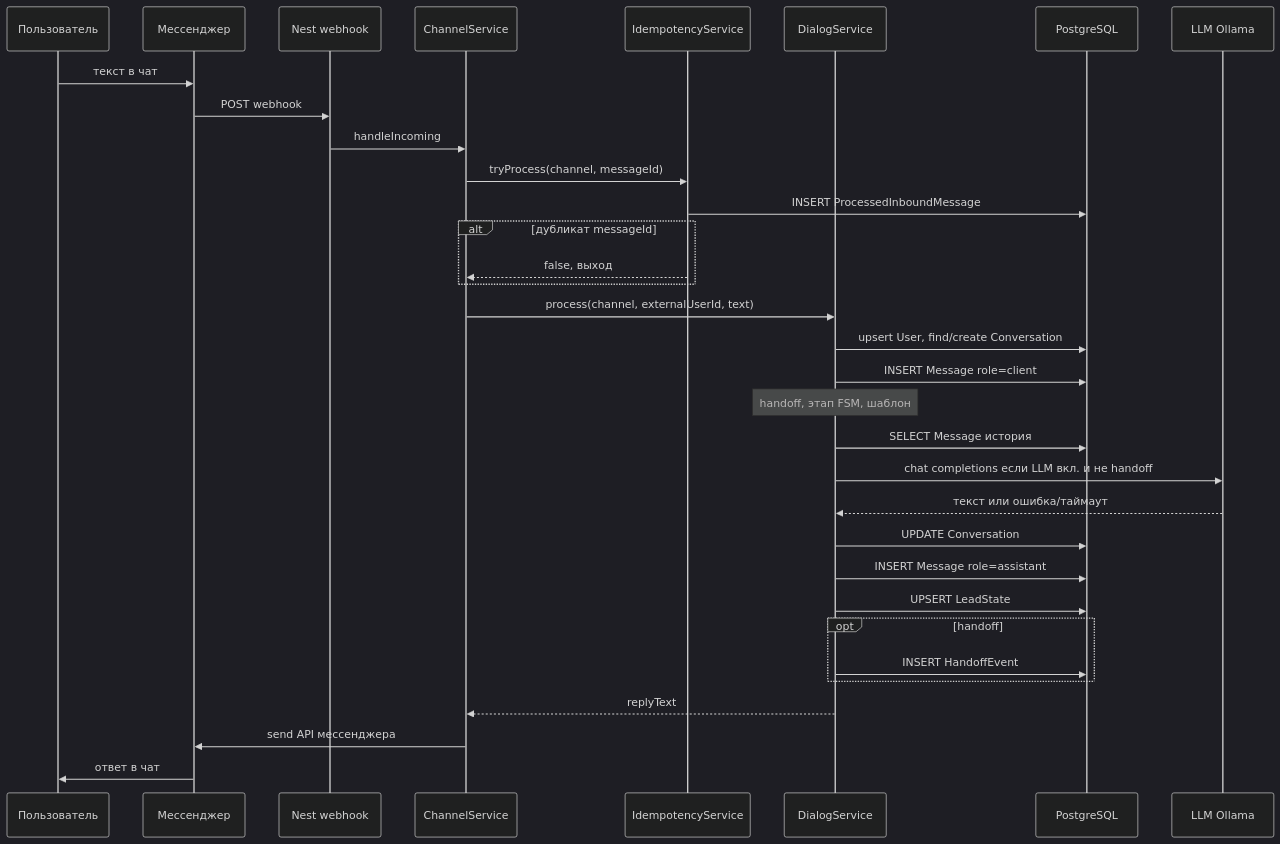
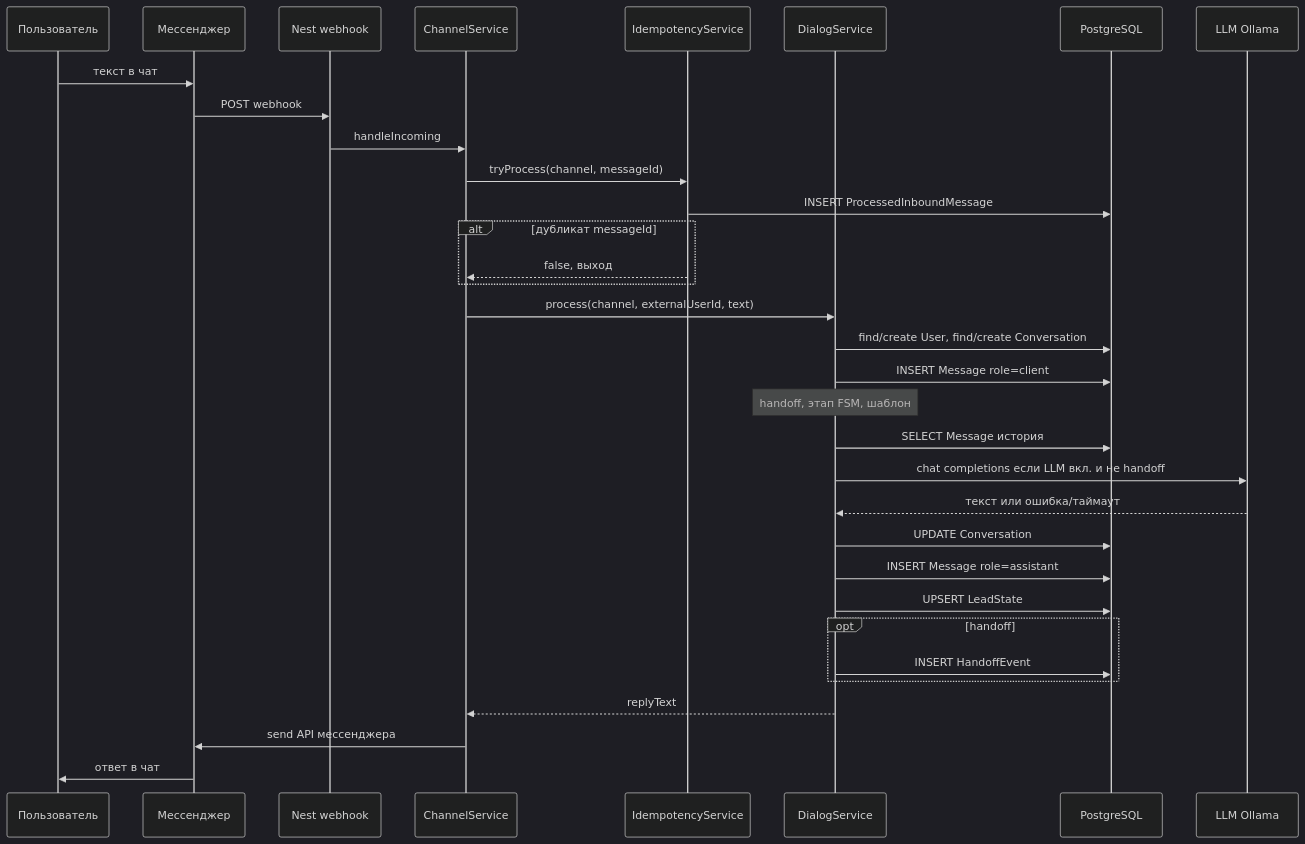
Before and after one commit to savisafe/ai-manager: the diagram in docs/BOT_ALGORITHM.md, drawn with Mermaid (dark theme). The commit also changed other lines of this file and 22 other files, not shown here.

````diff
--- a/docs/BOT_ALGORITHM.md
+++ b/docs/BOT_ALGORITHM.md
@@ -9,36 +9,36 @@
 ```mermaid
 sequenceDiagram
   participant U as Пользователь
   participant MS as Мессенджер
   participant API as Nest webhook
   participant CH as ChannelService
   participant I as IdempotencyService
   participant D as DialogService
   participant DB as PostgreSQL
   participant L as LLM Ollama
 
   U->>MS: текст в чат
   MS->>API: POST webhook
   API->>CH: handleIncoming
   CH->>I: tryProcess(channel, messageId)
   I->>DB: INSERT ProcessedInboundMessage
   alt дубликат messageId
     I-->>CH: false, выход
   end
   CH->>D: process(channel, externalUserId, text)
-  D->>DB: upsert User, find/create Conversation
+  D->>DB: find/create User, find/create Conversation
   D->>DB: INSERT Message role=client
   Note over D: handoff, этап FSM, шаблон
   D->>DB: SELECT Message история
   D->>L: chat completions если LLM вкл. и не handoff
   L-->>D: текст или ошибка/таймаут
   D->>DB: UPDATE Conversation
   D->>DB: INSERT Message role=assistant
   D->>DB: UPSERT LeadState
   opt handoff
     D->>DB: INSERT HandoffEvent
   end
   D-->>CH: replyText
   CH->>MS: send API мессенджера
   MS->>U: ответ в чат
 ```
````
